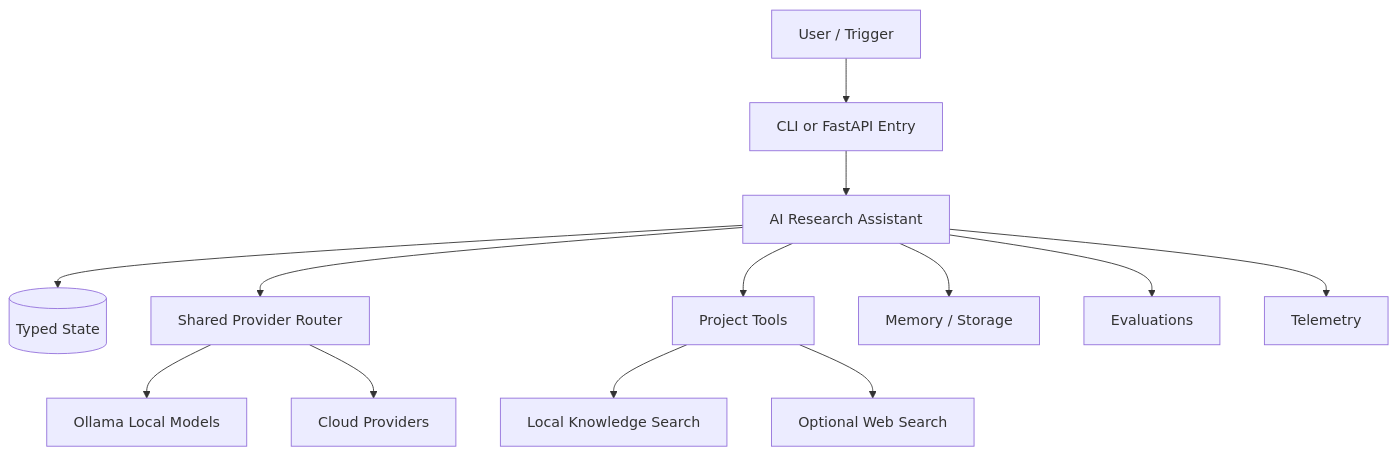
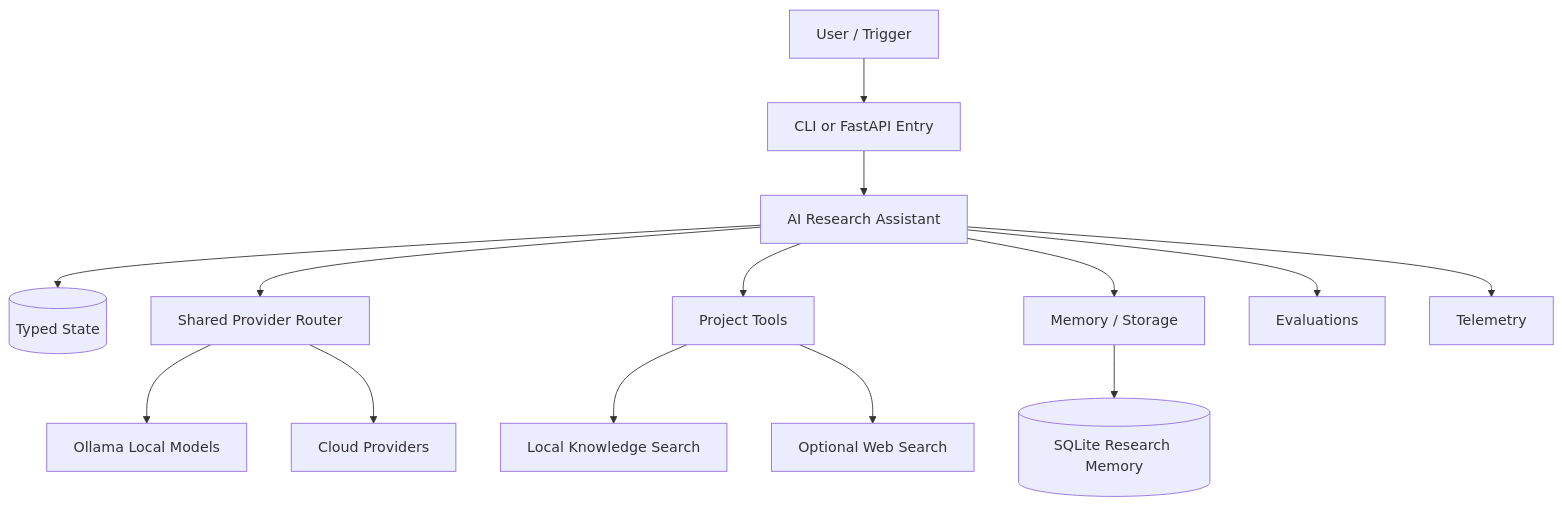
Before and after one commit to Nikhil-Xavier-DS/Agentic-System-Design-Primer: the diagram in projects/react-agent-ai-research-assistant/README.md, drawn with Mermaid. The commit also changed other lines of this file and 9 other files, not shown here.

````diff
--- a/projects/react-agent-ai-research-assistant/README.md
+++ b/projects/react-agent-ai-research-assistant/README.md
@@ -19,15 +20,16 @@
 ```mermaid
 flowchart TB
     User[User / Trigger] --> API[CLI or FastAPI Entry]
     API --> Agent[AI Research Assistant]
     Agent --> State[(Typed State)]
     Agent --> Router[Shared Provider Router]
     Router --> Ollama[Ollama Local Models]
     Router --> Cloud[Cloud Providers]
     Agent --> Tools[Project Tools]
     Agent --> Memory[Memory / Storage]
     Agent --> Eval[Evaluations]
     Agent --> Obs[Telemetry]
     Tools --> LocalKB[Local Knowledge Search]
     Tools --> Web[Optional Web Search]
+    Memory --> SQLite[(SQLite Research Memory)]
 ```
````
